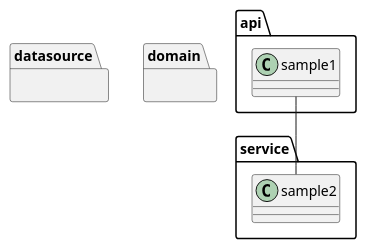
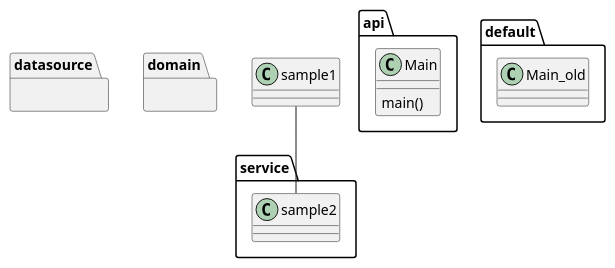
The diagram in doc/classs-diagram.pu (biglobe-isp/kintai), drawn with PlantUML before and after one commit. The commit also changed 2 other files, not shown here.

```diff
--- a/doc/classs-diagram.pu
+++ b/doc/classs-diagram.pu
@@ -1,21 +1,26 @@
 @startuml
-
-
 package "api" {
-    class sample1
+    class Main{
+        main()
+    }
 }
 
 package "service" {
     class sample2
 }
 
 package "datasource"{
 
 } 
 package "domain"{
 
 } 
 
+'便宜的なデフォルトクラス
+package "default"{
+    class Main_old
+}
+
 sample1--sample2
 
 @enduml
```
